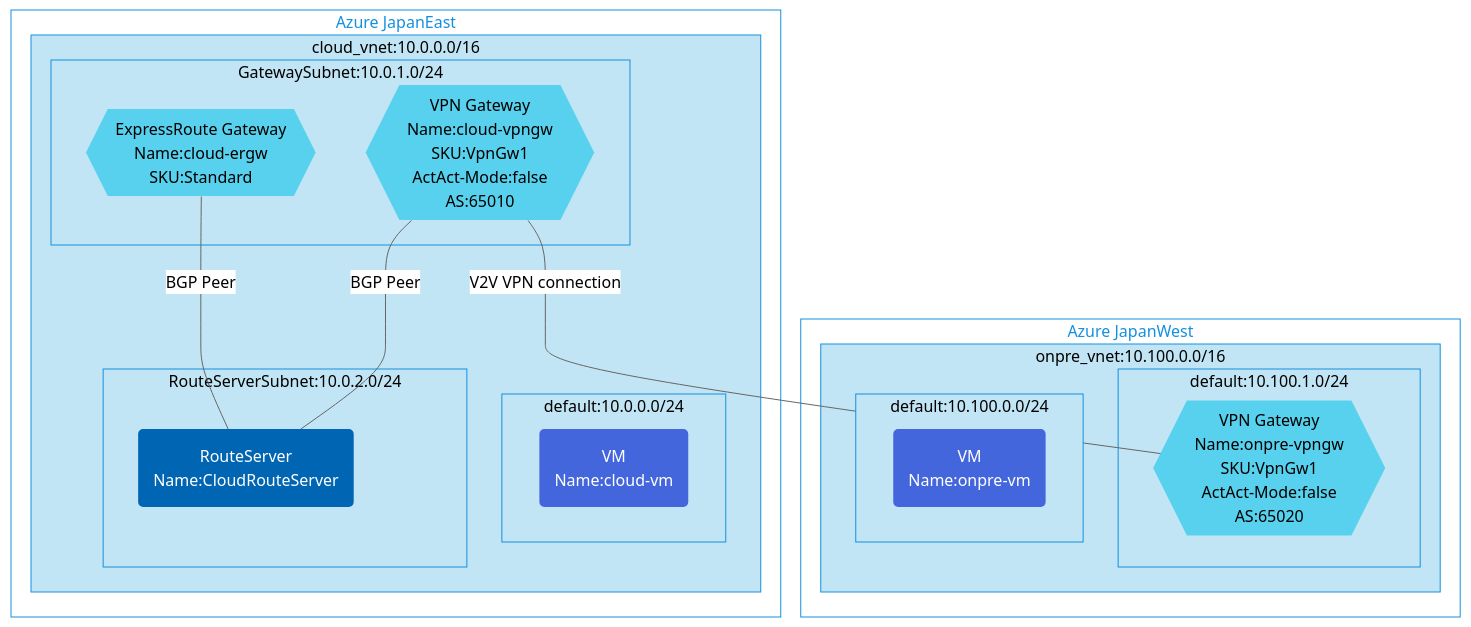
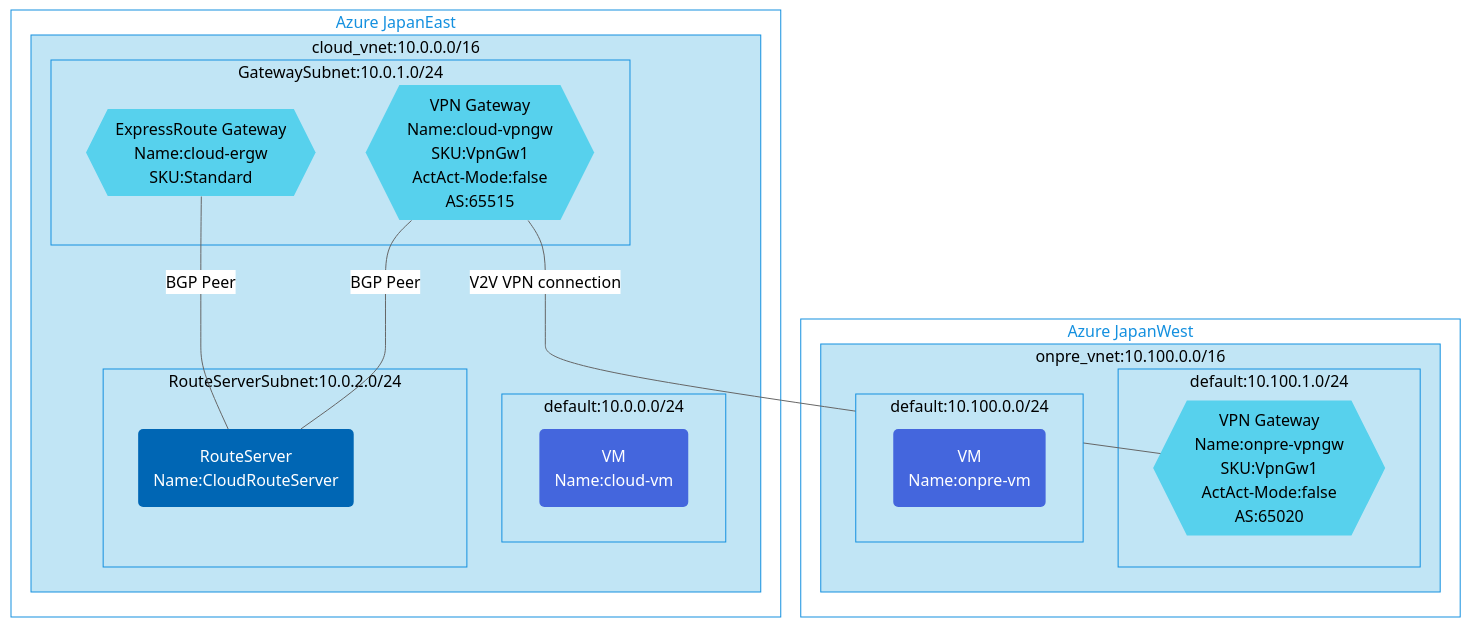
One commit to toizumi03/bicep-templates changed the diagram in er-vpn-transit-env/README.md. Above: the diagram before and after it, drawn with Mermaid (neutral theme).

````diff
--- a/er-vpn-transit-env/README.md
+++ b/er-vpn-transit-env/README.md
@@ -3,57 +3,57 @@
 ```mermaid
 graph TB;
 %% Groups and Services
 subgraph GR2[Azure JapanWest]
   subgraph ONPV1[onpre_vnet:10.100.0.0/16]
      subgraph ONPS1[default:10.100.1.0/24]
       VPNGW2{{"VPN Gateway<br/>Name:onpre-vpngw<br/>SKU:VpnGw1<br/>ActAct-Mode:false<br/>AS:65020"}}
     end
       subgraph ONPS2[default:10.100.0.0/24]
         CP2("VM<br/>Name:onpre-vm")
     end
 end
 end
 subgraph GR1[Azure JapanEast]
   subgraph GV1[cloud_vnet:10.0.0.0/16]
       subgraph GVS2[GatewaySubnet:10.0.1.0/24]
-        VPNGW1{{"VPN Gateway<br/>Name:cloud-vpngw<br/>SKU:VpnGw1<br/>ActAct-Mode:false<br/>AS:65010"}}
+        VPNGW1{{"VPN Gateway<br/>Name:cloud-vpngw<br/>SKU:VpnGw1<br/>ActAct-Mode:false<br/>AS:65515"}}
         ERGW1{{"ExpressRoute Gateway<br/>Name:cloud-ergw<br/>SKU:Standard"}}
       end
       subgraph GVS1[default:10.0.0.0/24]
         CP1("VM<br/>Name:cloud-vm")
       end
       subgraph GVS5[RouteServerSubnet:10.0.2.0/24]
         RS1("RouteServer<br/>Name:CloudRouteServer")
       end
   end
 end
 
 %% Relation for resources
 VPNGW1 --V2V VPN connection--- VPNGW2
 VPNGW1 --BGP Peer--- RS1
 ERGW1 --BGP Peer--- RS1
 
 %% Groups style
 classDef GSR fill:#fff,color:#1490df,stroke:#1490df
 class GR1,GR2 GSR
 
 classDef SGV1 fill:#c1e5f5,color:#000,stroke:#1490df
 class GV1,GV2,GV3,GC2,GVS1,GVS2,GVS3,GVS4,GVS5 SGV1
 
 classDef SGonpV fill:#c1e5f5,color:#000,stroke:#1490df
 class ONPV1,ONPS1,ONPS2 SGonpV
  
 %% Service Style
 classDef SCP fill:#4466dd,color:#fff,stroke:none
 class CP1,CP2,CP3,CP4 SCP
 
 classDef SVPNGW fill:#57d1ed,color:#000,stroke:none
 class VPNGW1,VPNGW2,ERGW1 SVPNGW
 
 classDef SVPRS fill:#0066b4,color:#fff,stroke:none
 class RS1 SVPRS
 
 classDef SLNGW fill:#70b126,color:#fff,stroke:none
 class LNGW1,LNGW2 SLNGW
 
 ```
````
